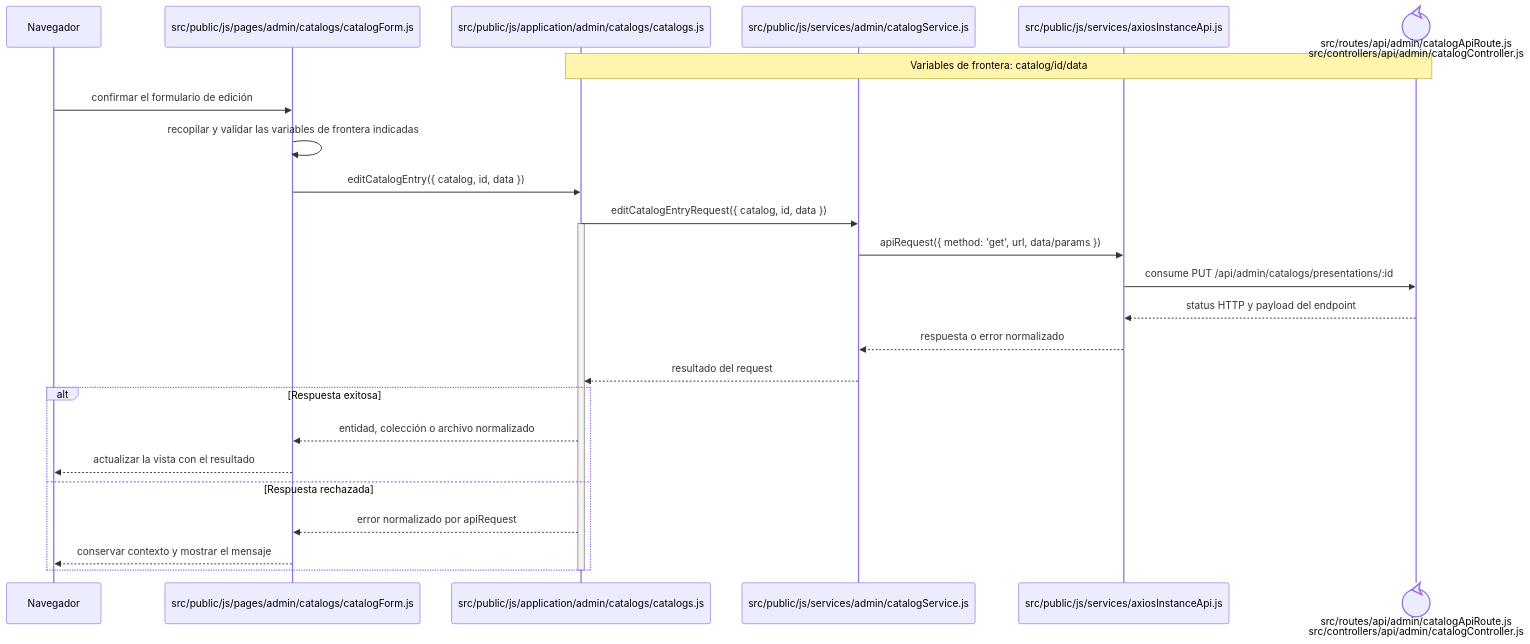
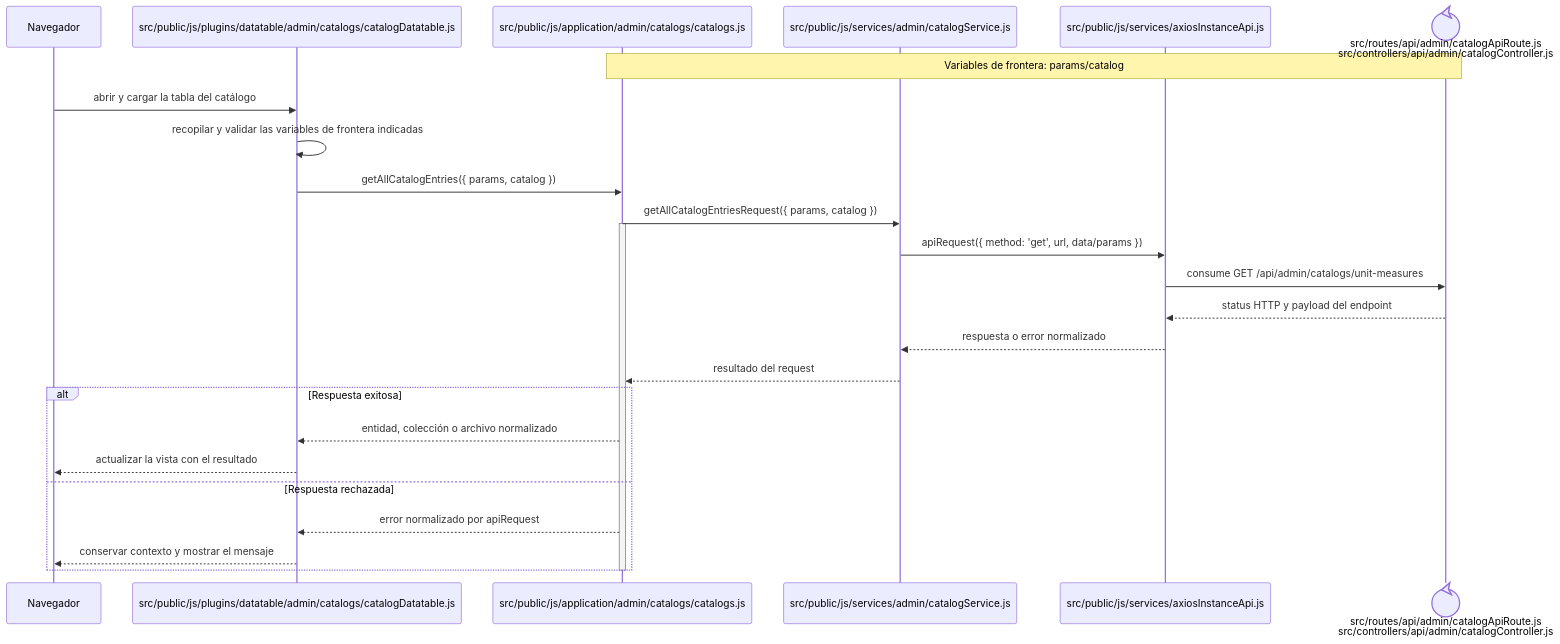
The diagram in docs/architecture/frontend-code-sequences/catalogs/cu-cat-18.md (gpgsistemas01/nexus), drawn with Mermaid before and after one commit. The commit also changed other lines of this file and 167 other files, not shown here.

````diff
--- a/docs/architecture/frontend-code-sequences/catalogs/cu-cat-18.md
+++ b/docs/architecture/frontend-code-sequences/catalogs/cu-cat-18.md
@@ -6,29 +6,29 @@
 ```mermaid
 sequenceDiagram
     participant Browser as Navegador
-    participant View as src/public/js/pages/admin/catalogs/catalogForm.js
+    participant View as src/public/js/plugins/datatable/admin/catalogs/catalogDatatable.js
     participant Application as src/public/js/application/admin/catalogs/catalogs.js
     participant Request as src/public/js/services/admin/catalogService.js
     participant HTTP as src/public/js/services/axiosInstanceApi.js
     participant Transport@{ "type": "control" } as src/routes/api/admin/catalogApiRoute.js<br/>src/controllers/api/admin/catalogController.js
-    Note over Application,Transport: Variables de frontera: catalog/id/data
+    Note over Application,Transport: Variables de frontera: params/catalog
 
-    Browser->>View: confirmar el formulario de edición
+    Browser->>View: abrir y cargar la tabla del catálogo
     View->>View: recopilar y validar las variables de frontera indicadas
-    View->>Application: editCatalogEntry({ catalog, id, data })
-    Application->>Request: editCatalogEntryRequest({ catalog, id, data })
+    View->>Application: getAllCatalogEntries({ params, catalog })
+    Application->>Request: getAllCatalogEntriesRequest({ params, catalog })
     activate Application
     Request->>HTTP: apiRequest({ method: 'get', url, data/params })
-    HTTP->>Transport: consume PUT /api/admin/catalogs/presentations/:id
+    HTTP->>Transport: consume GET /api/admin/catalogs/unit-measures
     Transport-->>HTTP: status HTTP y payload del endpoint
     HTTP-->>Request: respuesta o error normalizado
     Request-->>Application: resultado del request
     alt Respuesta exitosa
         Application-->>View: entidad, colección o archivo normalizado
         View-->>Browser: actualizar la vista con el resultado
     else Respuesta rechazada
         Application-->>View: error normalizado por apiRequest
         View-->>Browser: conservar contexto y mostrar el mensaje
     end
     deactivate Application
 ```
````
